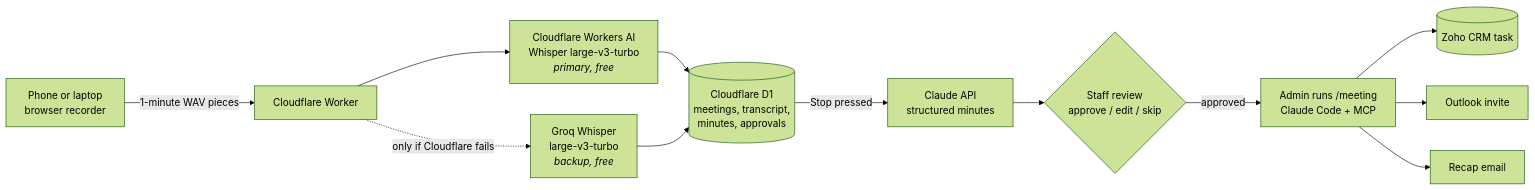
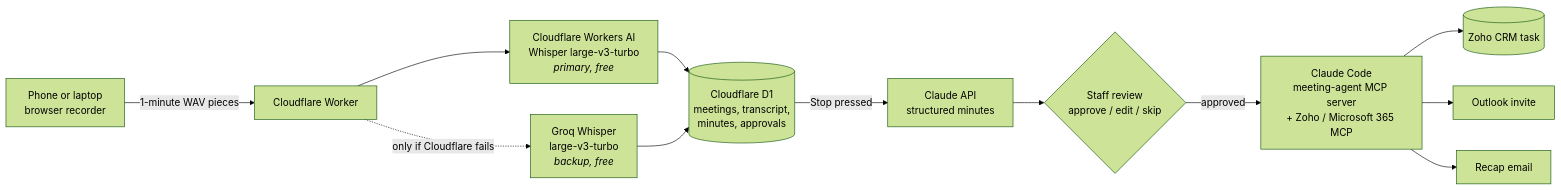
Before and after one commit to github-pratik/ai-meeting-agent: the diagram in README.md, drawn with Mermaid (forest theme). The commit also changed other lines of this file and 7 other files, not shown here.

First line of the commit message:
Add Zoho sign-in, private meetings and an MCP server

````diff
--- a/README.md
+++ b/README.md
@@ -30,14 +30,14 @@
 ```mermaid
 flowchart LR
     P[Phone or laptop<br/>browser recorder] -->|1-minute WAV pieces| W[Cloudflare Worker]
     W --> CF[Cloudflare Workers AI<br/>Whisper large-v3-turbo<br/><i>primary, free</i>]
     W -.->|only if Cloudflare fails| G[Groq Whisper<br/>large-v3-turbo<br/><i>backup, free</i>]
     CF --> DB[(Cloudflare D1<br/>meetings, transcript,<br/>minutes, approvals)]
     G --> DB
     DB -->|Stop pressed| C[Claude API<br/>structured minutes]
     C --> R{Staff review<br/>approve / edit / skip}
-    R -->|approved| A[Admin runs /meeting<br/>Claude Code + MCP]
+    R -->|approved| A[Claude Code<br/>meeting-agent MCP server<br/>+ Zoho / Microsoft 365 MCP]
     A --> T[(Zoho CRM task)]
     A --> O[Outlook invite]
     A --> E[Recap email]
 ```
````
